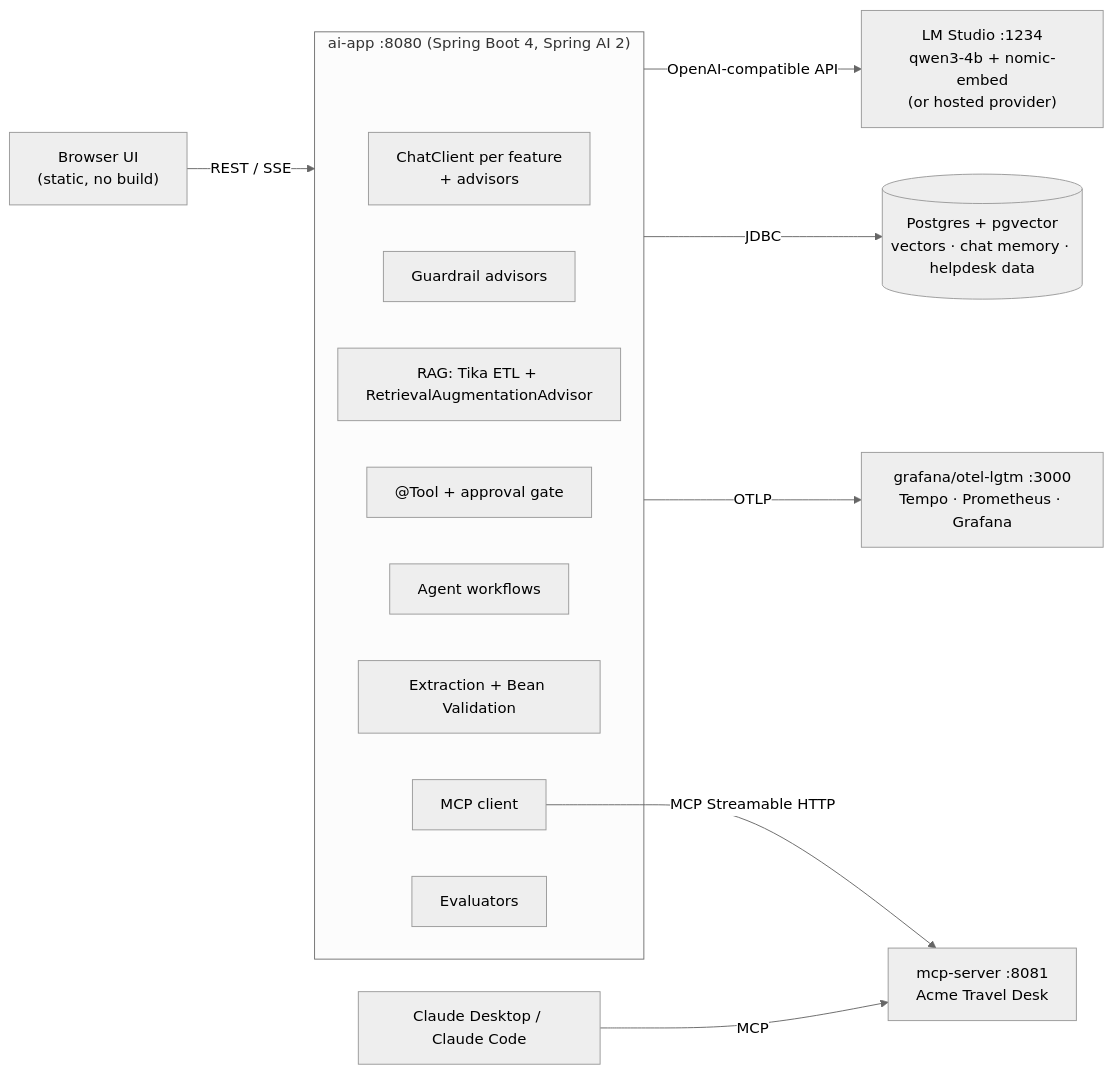
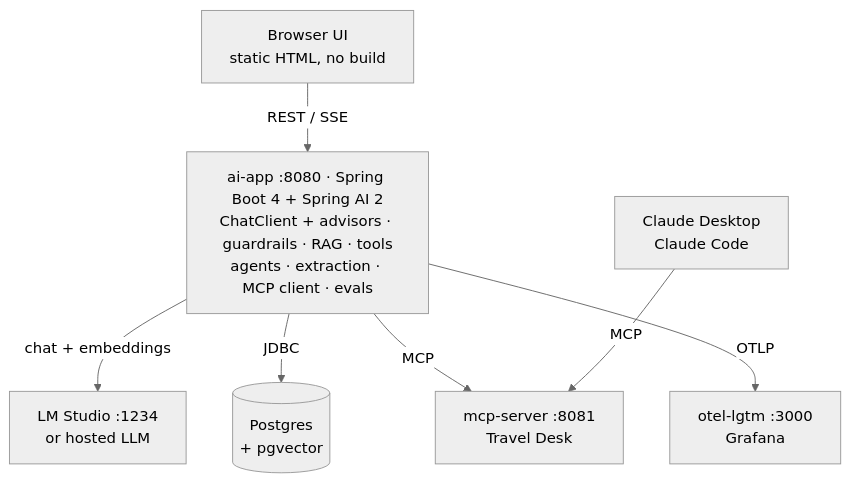
Before and after one commit to VimalKmr250/ai-concepts-demo: the diagram in README.md, drawn with Mermaid (neutral theme). The commit also changed 1 other file, not shown here.

Commit message:
Make Mermaid diagrams readable on GitHub
Eight diagrams were wider than GitHub's content column (up to 2700 px)
and got scaled down to 24-58%, making their labels unreadable. They now
flow top-to-bottom or wrap into rows with shorter labels and fit within
about 900 px. All 13 diagrams were checked to parse and render with
Mermaid 11.

````diff
--- a/README.md
+++ b/README.md
@@ -27,19 +27,10 @@
 ```mermaid
-flowchart LR
-  UI["Browser UI<br/>(static, no build)"] -->|REST / SSE| APP
-  subgraph APP["ai-app :8080 (Spring Boot 4, Spring AI 2)"]
-    CC["ChatClient per feature<br/>+ advisors"]
-    G["Guardrail advisors"]
-    R["RAG: Tika ETL + RetrievalAugmentationAdvisor"]
-    T["@Tool + approval gate"]
-    W["Agent workflows"]
-    X["Extraction + Bean Validation"]
-    MC["MCP client"]
-    E["Evaluators"]
-  end
-  APP -->|OpenAI-compatible API| LLM["LM Studio :1234<br/>qwen3-4b + nomic-embed<br/>(or hosted provider)"]
-  APP -->|JDBC| PG[("Postgres + pgvector<br/>vectors · chat memory · helpdesk data")]
-  MC -->|MCP Streamable HTTP| MCPS["mcp-server :8081<br/>Acme Travel Desk"]
-  CLAUDE["Claude Desktop / Claude Code"] -->|MCP| MCPS
-  APP -->|OTLP| LGTM["grafana/otel-lgtm :3000<br/>Tempo · Prometheus · Grafana"]
+flowchart TB
+  UI["Browser UI<br/>static HTML, no build"] -->|REST / SSE| APP
+  APP["ai-app :8080 · Spring Boot 4 + Spring AI 2<br/>ChatClient + advisors · guardrails · RAG · tools<br/>agents · extraction · MCP client · evals"]
+  APP -->|chat + embeddings| LLM["LM Studio :1234<br/>or hosted LLM"]
+  APP -->|JDBC| PG[("Postgres<br/>+ pgvector")]
+  APP -->|MCP| MCPS["mcp-server :8081<br/>Travel Desk"]
+  APP -->|OTLP| LGTM["otel-lgtm :3000<br/>Grafana"]
+  CLAUDE["Claude Desktop<br/>Claude Code"] -->|MCP| MCPS
 ```
````
